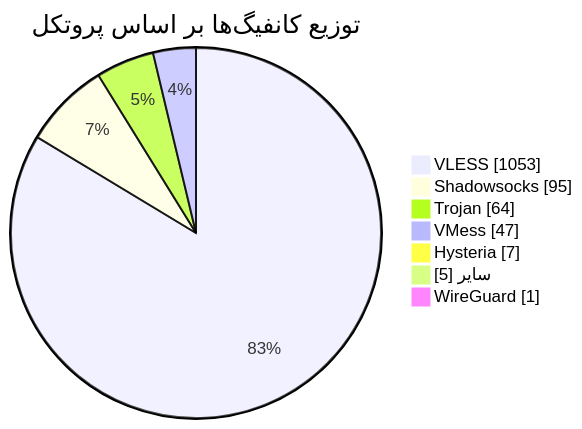
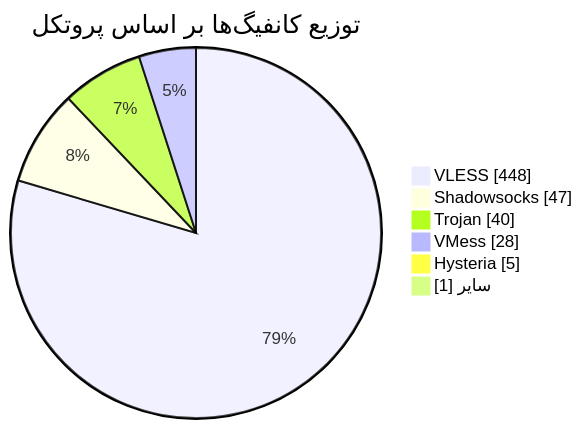
The diagram in README.md (Arian-Alijani/Somthing), drawn with Mermaid before and after one commit. The commit also changed other lines of this file and 111 other files, not shown here.

````diff
--- a/README.md
+++ b/README.md
@@ -49,11 +48,10 @@
 ```mermaid
 pie showData
     title توزیع کانفیگ‌ها بر اساس پروتکل
-    "VLESS" : 1053
-    "Shadowsocks" : 95
-    "Trojan" : 64
-    "VMess" : 47
-    "Hysteria" : 7
-    "سایر" : 5
-    "WireGuard" : 1
+    "VLESS" : 448
+    "Shadowsocks" : 47
+    "Trojan" : 40
+    "VMess" : 28
+    "Hysteria" : 5
+    "سایر" : 1
 ```
````
